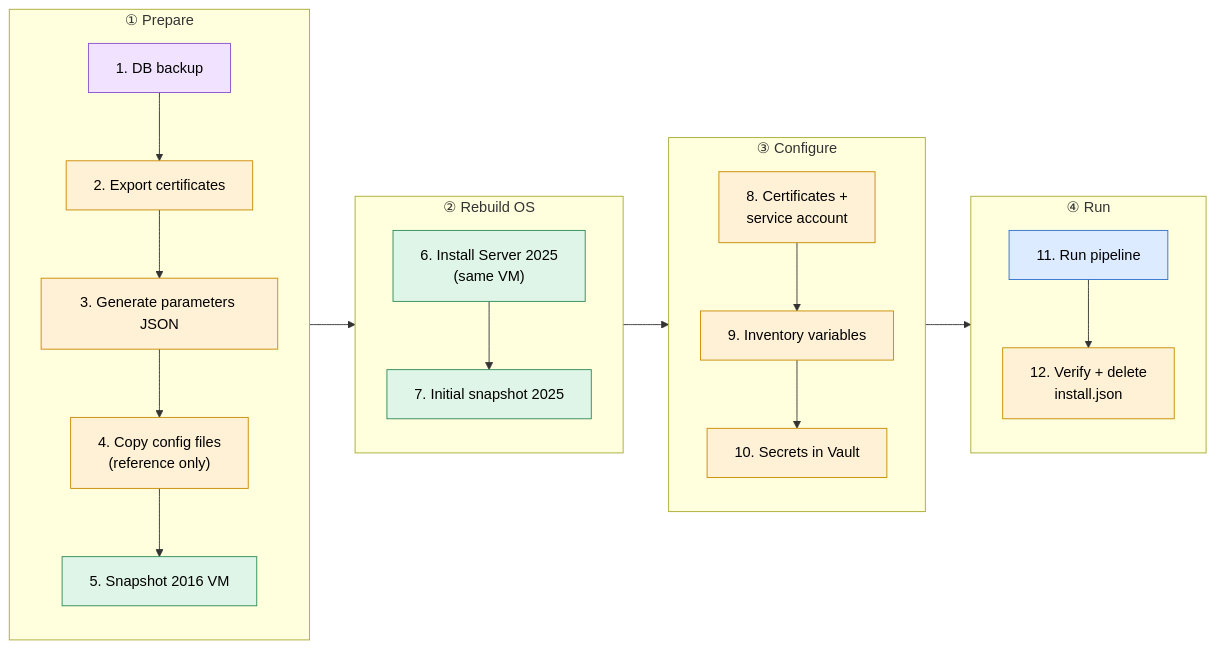
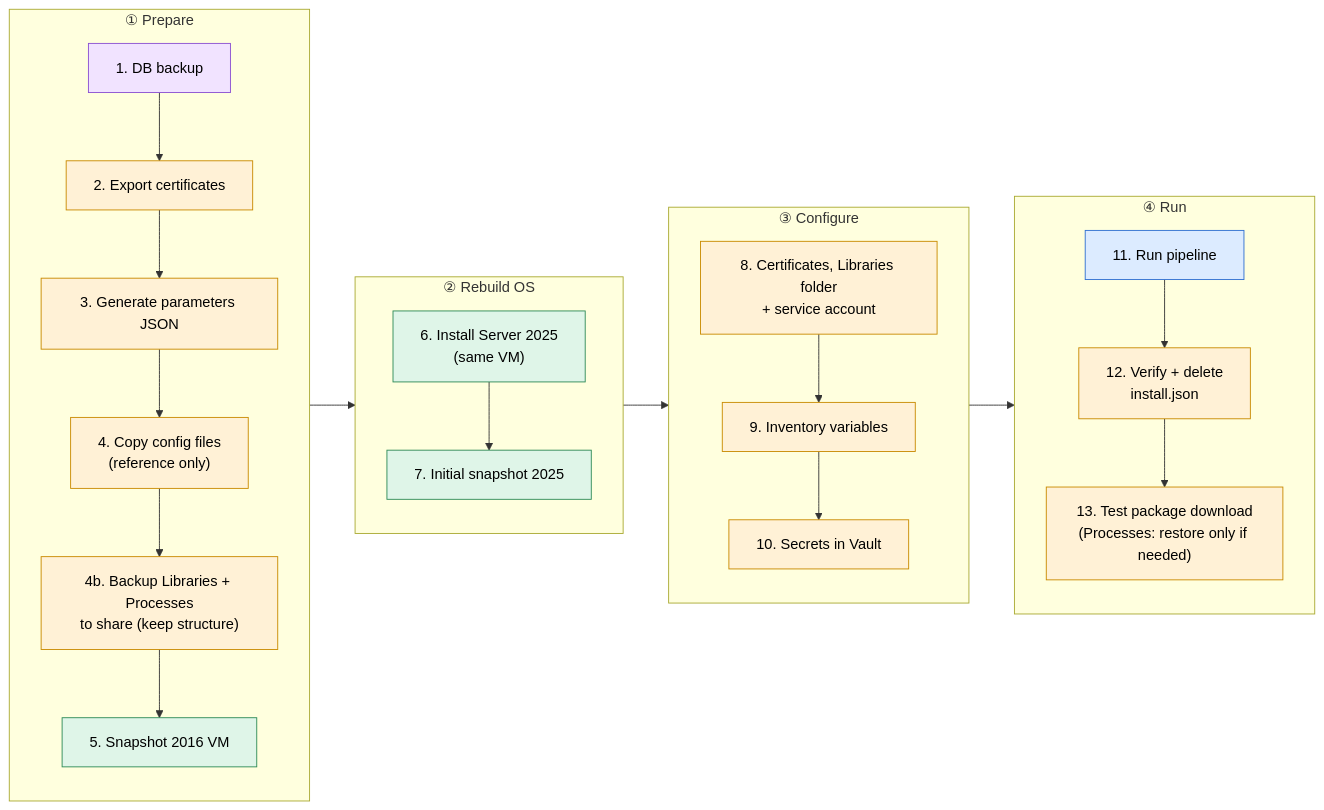
The fourth of 9 diagrams in docs/uipath-orchestrator-migration.md (kriarun/ansible-lab), drawn with Mermaid before and after one commit. The commit also changed other lines of this file and 4 other files, not shown here.

````diff
--- a/docs/uipath-orchestrator-migration.md
+++ b/docs/uipath-orchestrator-migration.md
@@ -81,37 +81,39 @@
 ```mermaid
 flowchart LR
     subgraph P1["① Prepare"]
         direction TB
         s1["1. DB backup"]:::dba
         s2["2. Export certificates"]:::rpa
         s3["3. Generate parameters JSON"]:::rpa
         s4["4. Copy config files<br/>(reference only)"]:::rpa
+        s4b["4b. Backup Libraries + Processes<br/>to share (keep structure)"]:::rpa
         s5["5. Snapshot 2016 VM"]:::win
-        s1 --> s2 --> s3 --> s4 --> s5
+        s1 --> s2 --> s3 --> s4 --> s4b --> s5
     end
     subgraph P2["② Rebuild OS"]
         direction TB
         s6["6. Install Server 2025<br/>(same VM)"]:::win
         s7["7. Initial snapshot 2025"]:::win
         s6 --> s7
     end
     subgraph P3["③ Configure"]
         direction TB
-        s8["8. Certificates +<br/>service account"]:::rpa
+        s8["8. Certificates, Libraries folder<br/>+ service account"]:::rpa
         s9["9. Inventory variables"]:::rpa
         s10["10. Secrets in Vault"]:::rpa
         s8 --> s9 --> s10
     end
     subgraph P4["④ Run"]
         direction TB
         s11["11. Run pipeline"]:::ans
         s12["12. Verify + delete<br/>install.json"]:::rpa
-        s11 --> s12
+        s13["13. Test package download<br/>(Processes: restore only if needed)"]:::rpa
+        s11 --> s12 --> s13
     end
     P1 --> P2 --> P3 --> P4
 
     classDef rpa fill:#fff1d6,stroke:#c98a00,color:#000
     classDef dba fill:#f1e3ff,stroke:#8a4fd1,color:#000
     classDef win fill:#dff5e8,stroke:#2e8b57,color:#000
     classDef ans fill:#dcebff,stroke:#2f6fd1,color:#000
 ```
````
